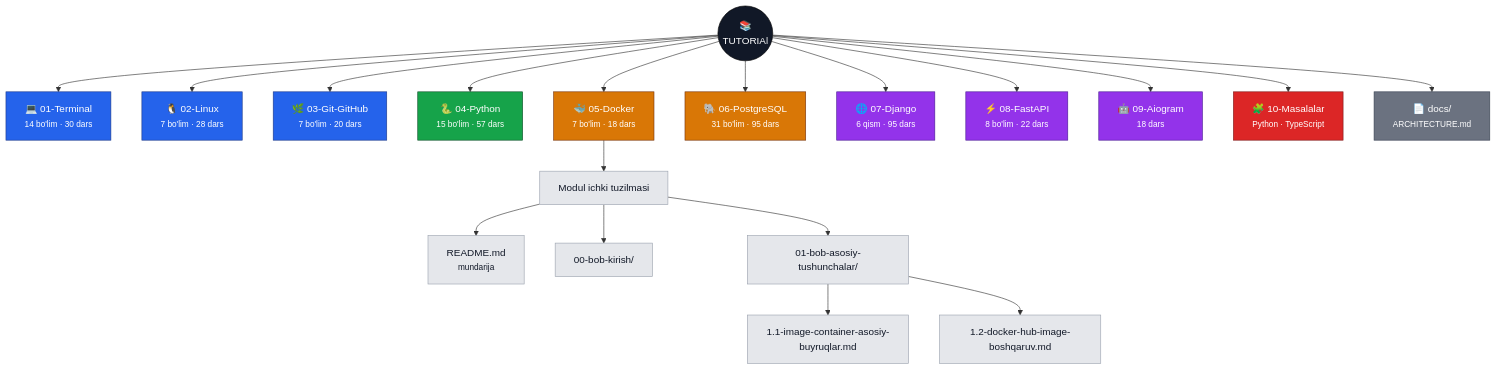
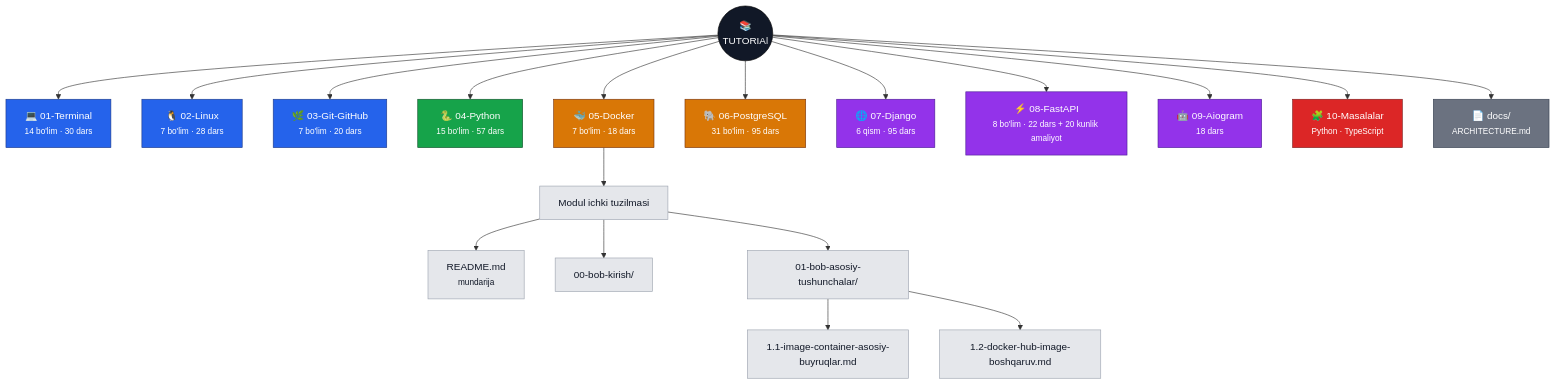
The first of 2 diagrams in docs/ARCHITECTURE.md (shamsiyevshamsiddin19/TUTORIAL), drawn with Mermaid before and after one commit. The commit also changed 14 other files, not shown here.

Commit message:
feat(FastAPI): 20 kunlik amaliy intensiv kurs qo'shildi (Blog API)

````diff
--- a/docs/ARCHITECTURE.md
+++ b/docs/ARCHITECTURE.md
@@ -33,41 +33,41 @@
 ```mermaid
 flowchart TD
     ROOT(("📚<br/>TUTORIAl"))
 
     ROOT --> M01["💻 01-Terminal<br/><small>14 bo'lim · 30 dars</small>"]
     ROOT --> M02["🐧 02-Linux<br/><small>7 bo'lim · 28 dars</small>"]
     ROOT --> M03["🌿 03-Git-GitHub<br/><small>7 bo'lim · 20 dars</small>"]
     ROOT --> M04["🐍 04-Python<br/><small>15 bo'lim · 57 dars</small>"]
     ROOT --> M05["🐳 05-Docker<br/><small>7 bo'lim · 18 dars</small>"]
     ROOT --> M06["🐘 06-PostgreSQL<br/><small>31 bo'lim · 95 dars</small>"]
     ROOT --> M07["🌐 07-Django<br/><small>6 qism · 95 dars</small>"]
-    ROOT --> M08["⚡ 08-FastAPI<br/><small>8 bo'lim · 22 dars</small>"]
+    ROOT --> M08["⚡ 08-FastAPI<br/><small>8 bo'lim · 22 dars + 20 kunlik amaliyot</small>"]
     ROOT --> M09["🤖 09-Aiogram<br/><small>18 dars</small>"]
     ROOT --> M10["🧩 10-Masalalar<br/><small>Python · TypeScript</small>"]
     ROOT --> DOCS["📄 docs/<br/><small>ARCHITECTURE.md</small>"]
 
     M05 --> SUB["Modul ichki tuzilmasi"]
     SUB --> S1["README.md<br/><small>mundarija</small>"]
     SUB --> S2["00-bob-kirish/"]
     SUB --> S3["01-bob-asosiy-tushunchalar/"]
     S3 --> L1["1.1-image-container-asosiy-buyruqlar.md"]
     S3 --> L2["1.2-docker-hub-image-boshqaruv.md"]
 
     classDef root fill:#111827,stroke:#000,color:#fff
     classDef base fill:#2563eb,stroke:#1e3a8a,color:#fff
     classDef core fill:#16a34a,stroke:#14532d,color:#fff
     classDef infra fill:#d97706,stroke:#78350f,color:#fff
     classDef web fill:#9333ea,stroke:#4c1d95,color:#fff
     classDef practice fill:#dc2626,stroke:#7f1d1d,color:#fff
     classDef meta fill:#6b7280,stroke:#374151,color:#fff
     classDef leaf fill:#e5e7eb,stroke:#9ca3af,color:#111827
 
     class ROOT root
     class M01,M02,M03 base
     class M04 core
     class M05,M06 infra
     class M07,M08,M09 web
     class M10 practice
     class DOCS meta
     class SUB,S1,S2,S3,L1,L2 leaf
 ```
````
